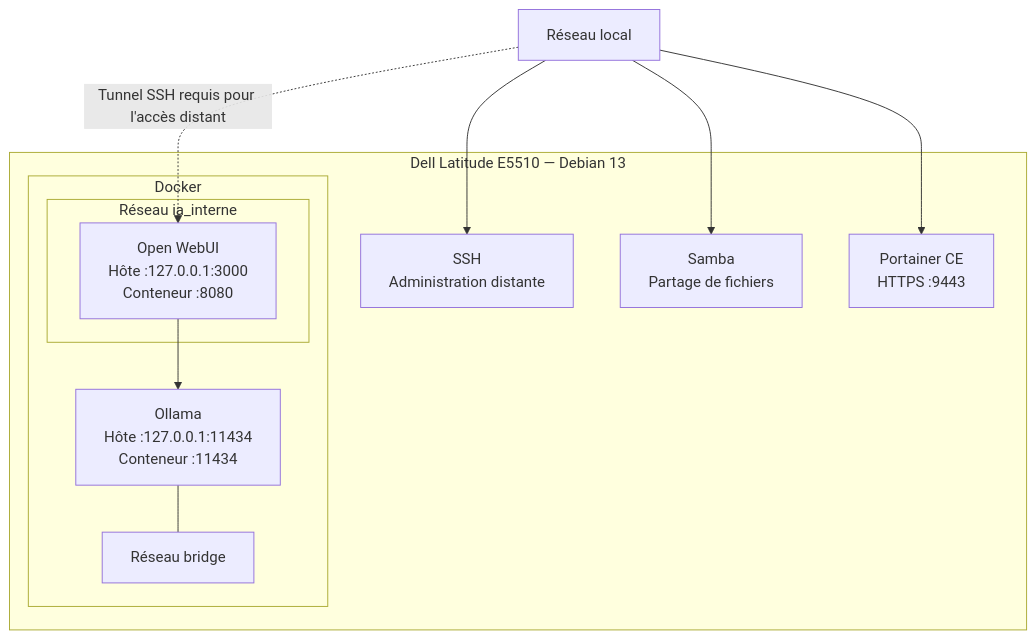
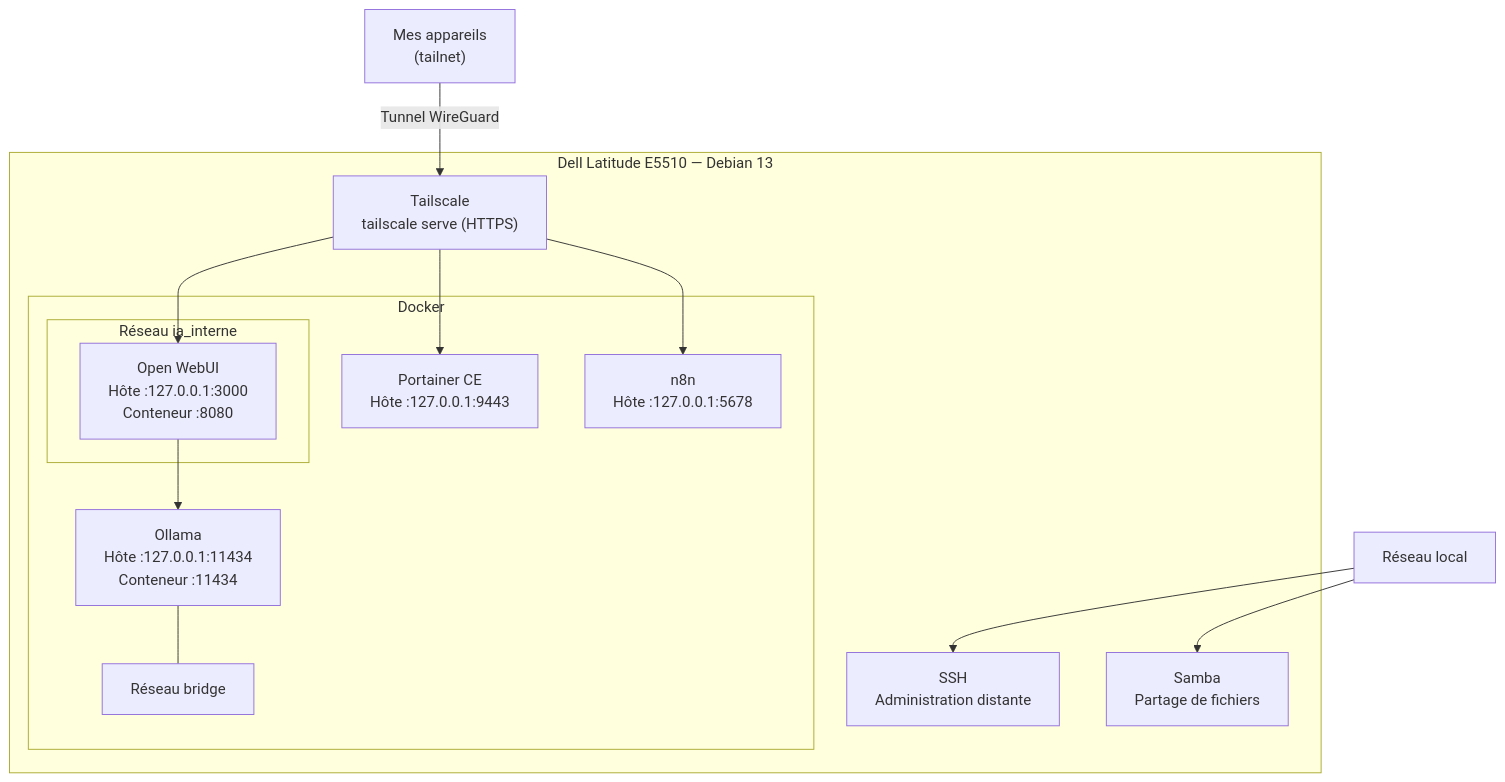
Before and after one commit to SkorpioZzZ/homelab-infrastructure: the diagram in docs/architecture.md, drawn with Mermaid. The commit also changed other lines of this file and 15 other files, not shown here.

````diff
--- a/docs/architecture.md
+++ b/docs/architecture.md
@@ -52,26 +54,31 @@
 ```mermaid
 flowchart TB
     LAN["Réseau local"]
 
     subgraph HOST["Dell Latitude E5510 — Debian 13"]
         SSH["SSH<br/>Administration distante"]
         SAMBA["Samba<br/>Partage de fichiers"]
-        PORTAINER["Portainer CE<br/>HTTPS :9443"]
+        TS["Tailscale<br/>tailscale serve (HTTPS)"]
 
         subgraph DOCKER["Docker"]
             subgraph IA["Réseau ia_interne"]
                 WEBUI["Open WebUI<br/>Hôte :127.0.0.1:3000<br/>Conteneur :8080"]
             end
+
+            PORTAINER["Portainer CE<br/>Hôte :127.0.0.1:9443"]
+            N8N["n8n<br/>Hôte :127.0.0.1:5678"]
 
             OLLAMA["Ollama<br/>Hôte :127.0.0.1:11434<br/>Conteneur :11434"]
             BRIDGE["Réseau bridge"]
             OLLAMA --- BRIDGE
         end
     end
 
     LAN --> SSH
     LAN --> SAMBA
-    LAN --> PORTAINER
-    LAN -. "Tunnel SSH requis pour l'accès distant" .-> WEBUI
+    APPAREILS["Mes appareils<br/>(tailnet)"] -- "Tunnel WireGuard" --> TS
+    TS --> WEBUI
+    TS --> N8N
+    TS --> PORTAINER
     WEBUI --> OLLAMA
 ```
````
